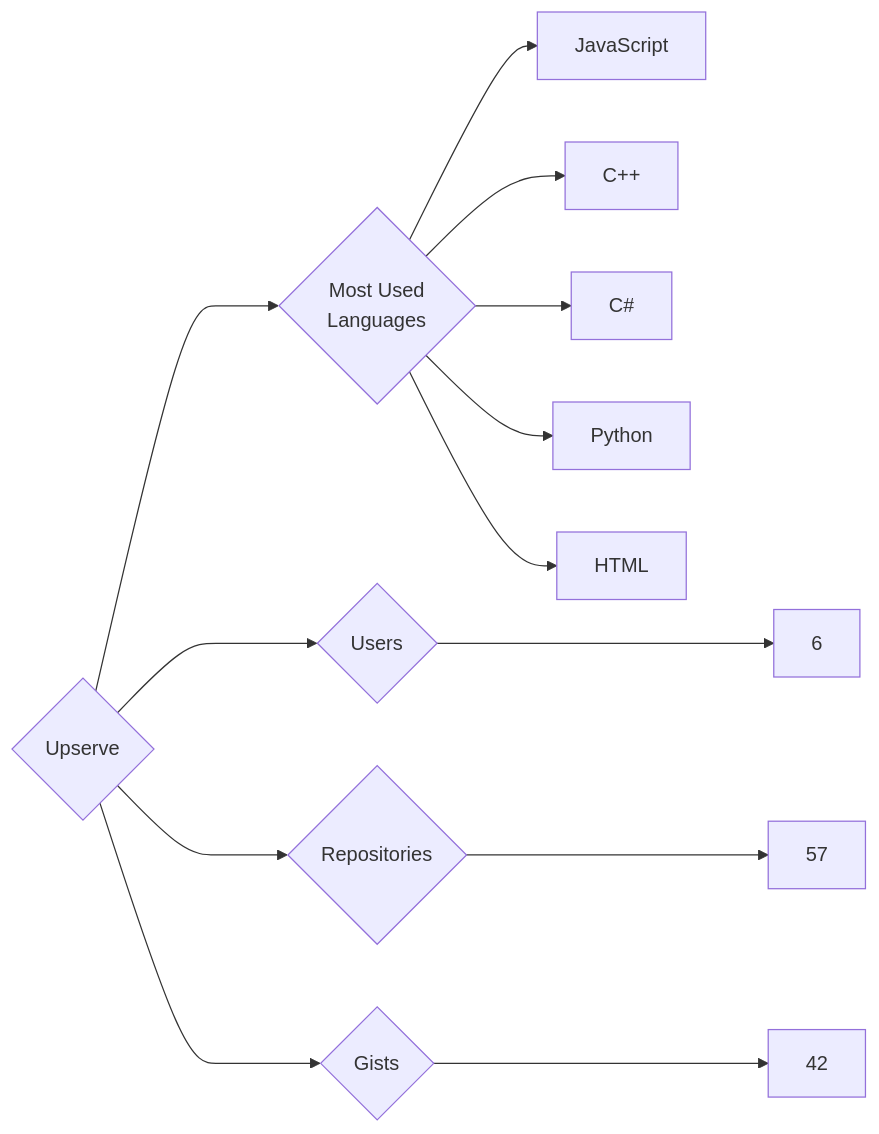
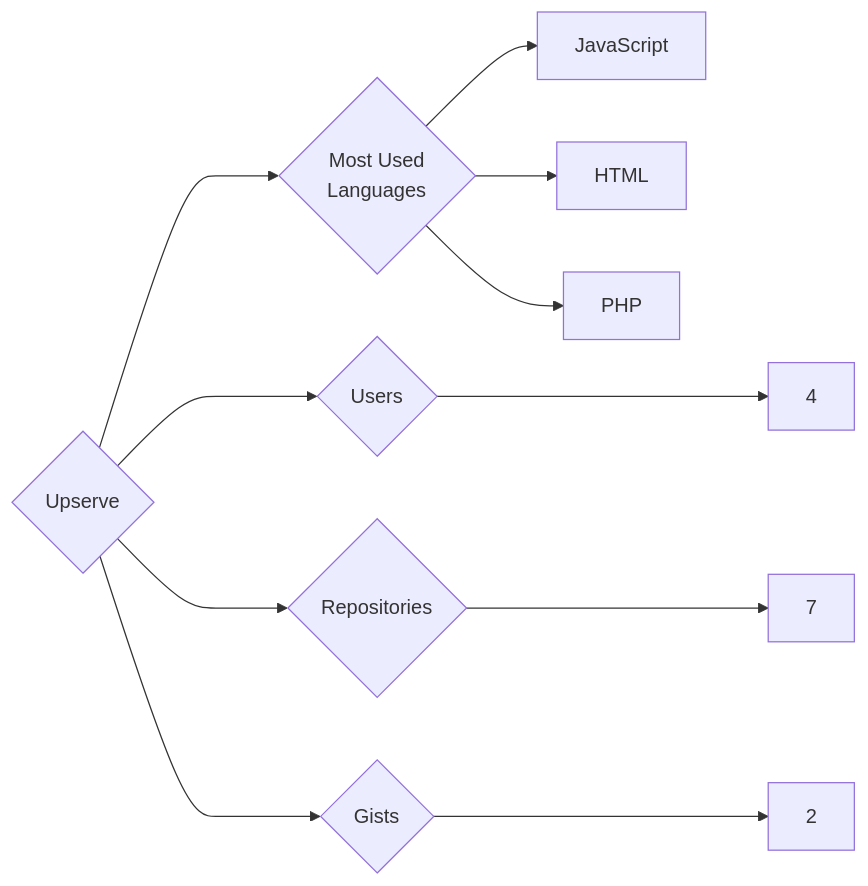
Before and after one commit to trickest/insiders: the diagram in targets/Upserve/README.md, drawn with Mermaid. The commit also changed 796 other files, not shown here.

````diff
--- a/targets/Upserve/README.md
+++ b/targets/Upserve/README.md
@@ -3,13 +3,11 @@
 ```mermaid
 graph LR
 COMPANY_NAME{Upserve}
-COMPANY_NAME ---> U{Users} ---> UN[6]
-COMPANY_NAME ---> R{Repositories} ---> RN[57]
-COMPANY_NAME ---> G{Gists} ---> GN[42]
+COMPANY_NAME ---> U{Users} ---> UN[4]
+COMPANY_NAME ---> R{Repositories} ---> RN[7]
+COMPANY_NAME ---> G{Gists} ---> GN[2]
 COMPANY_NAME ---> ML{Most Used<br>Languages}
 ML --> JavaScript[JavaScript]
-ML --> C++[C++]
-ML --> C#[C#]
-ML --> Python[Python]
 ML --> HTML[HTML]
+ML --> PHP[PHP]
 ```
````
